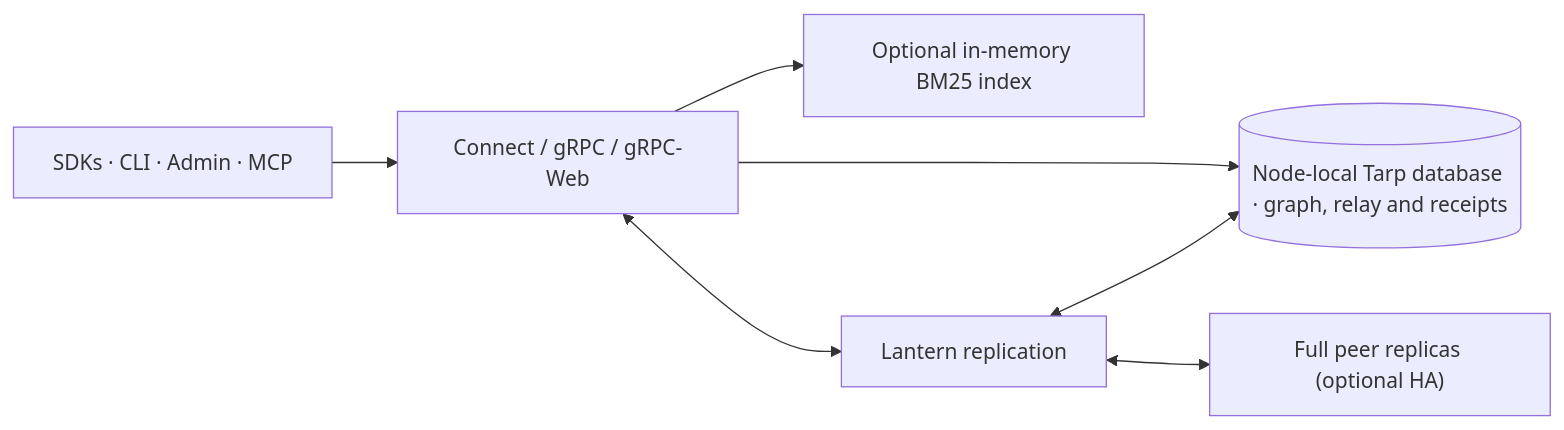
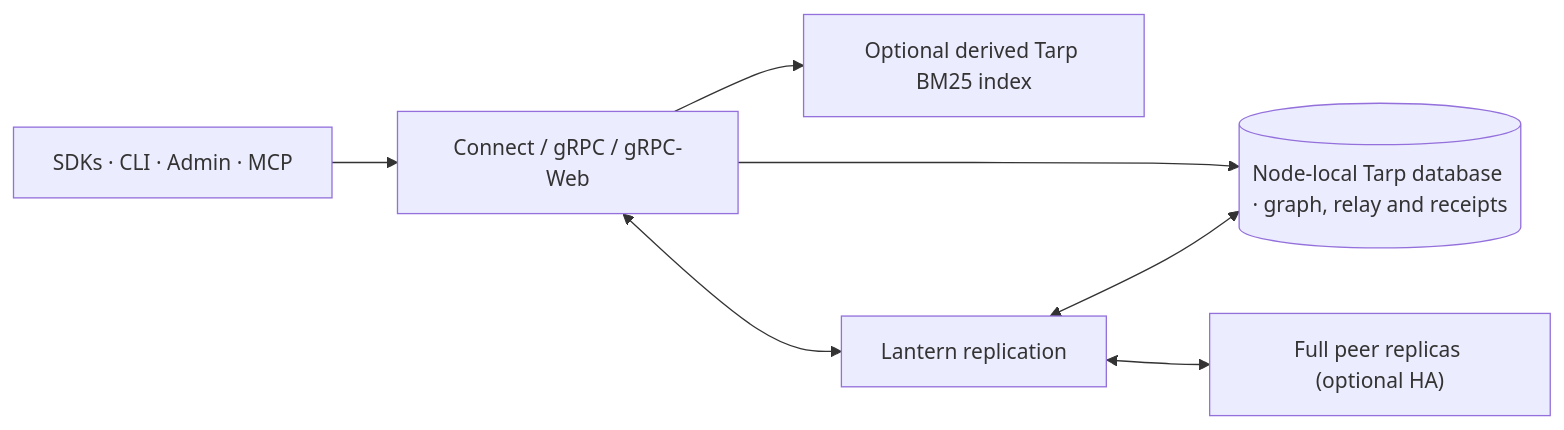
The second of 2 diagrams in README.md (anaregdesign/lantern), drawn with Mermaid before and after one commit. The commit also changed 76 other files, not shown here.

First line of the commit message:
feat: persist serving Search and stage graph publications (#2280)

````diff
--- a/README.md
+++ b/README.md
@@ -497,9 +497,9 @@
 ```mermaid
 flowchart LR
     C["SDKs · CLI · Admin · MCP"] --> S["Connect / gRPC / gRPC-Web"]
     S --> G[("Node-local Tarp database · graph, relay and receipts")]
-    S --> I["Optional in-memory BM25 index"]
+    S --> I["Optional derived Tarp BM25 index"]
     S <--> R["Lantern replication"]
     R <--> G
     R <--> P["Full peer replicas (optional HA)"]
 ```
````
